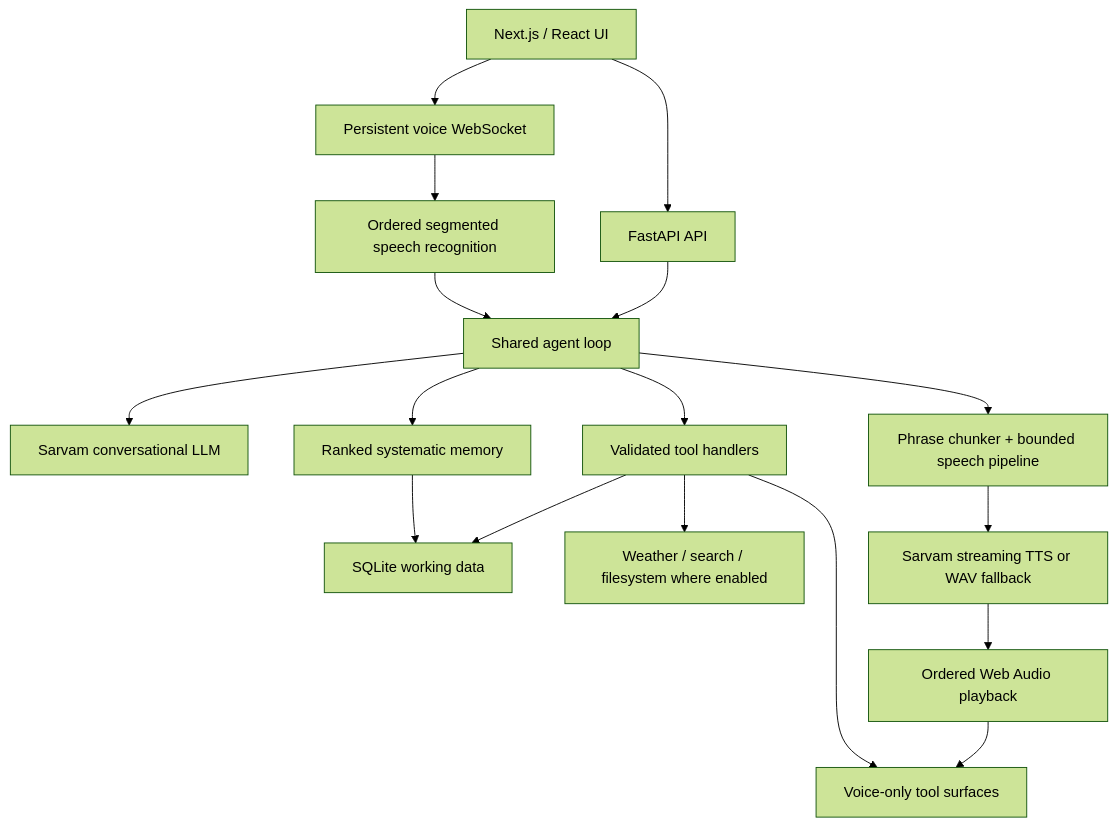
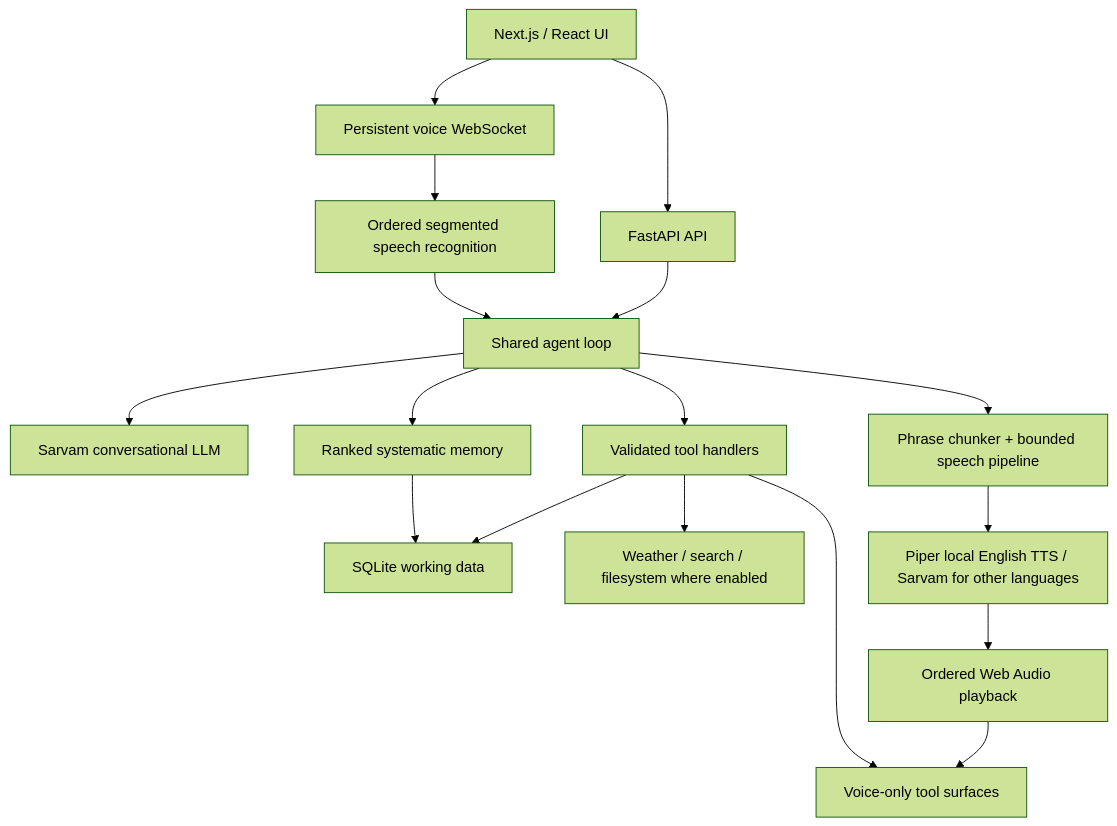
The diagram in README.md (yashwanth-1729/Jarvis-V2), drawn with Mermaid (forest theme) before and after one commit. The commit also changed other lines of this file and 12 other files, not shown here.

First line of the commit message:
Local English TTS via Piper (desktop); Sarvam for other languages

````diff
--- a/README.md
+++ b/README.md
@@ -124,19 +124,19 @@
 ```mermaid
 flowchart TD
     UI[Next.js / React UI] --> API[FastAPI API]
     UI --> WS[Persistent voice WebSocket]
     WS --> ASR[Ordered segmented speech recognition]
     ASR --> Agent[Shared agent loop]
     API --> Agent
     Agent --> LLM[Sarvam conversational LLM]
     Agent --> Tools[Validated tool handlers]
     Agent --> Memory[Ranked systematic memory]
     Memory --> DB
     Tools --> DB[SQLite working data]
     Tools --> External[Weather / search / filesystem where enabled]
     Agent --> Speech[Phrase chunker + bounded speech pipeline]
-    Speech --> TTS[Sarvam streaming TTS or WAV fallback]
+    Speech --> TTS[Piper local English TTS / Sarvam for other languages]
     TTS --> Playback[Ordered Web Audio playback]
     Tools --> Panels[Voice-only tool surfaces]
     Playback --> Panels
 ```
````
